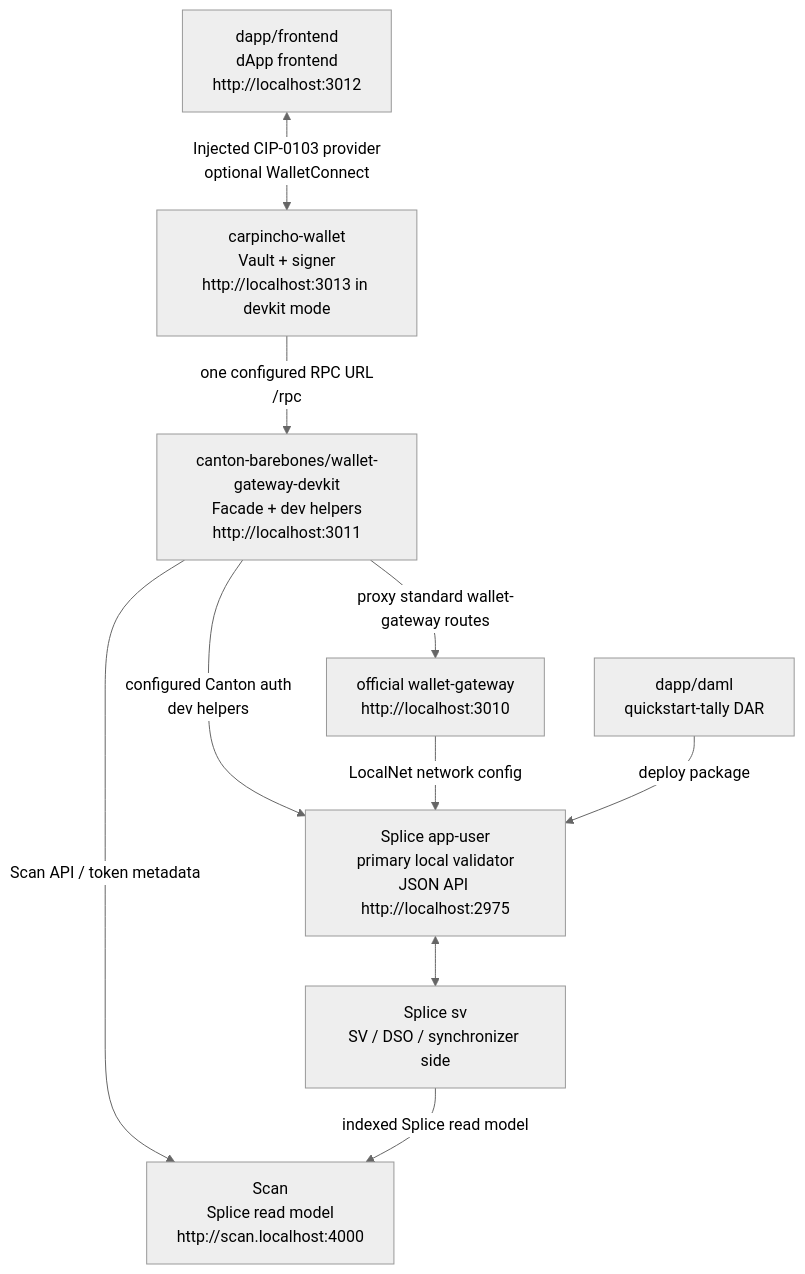
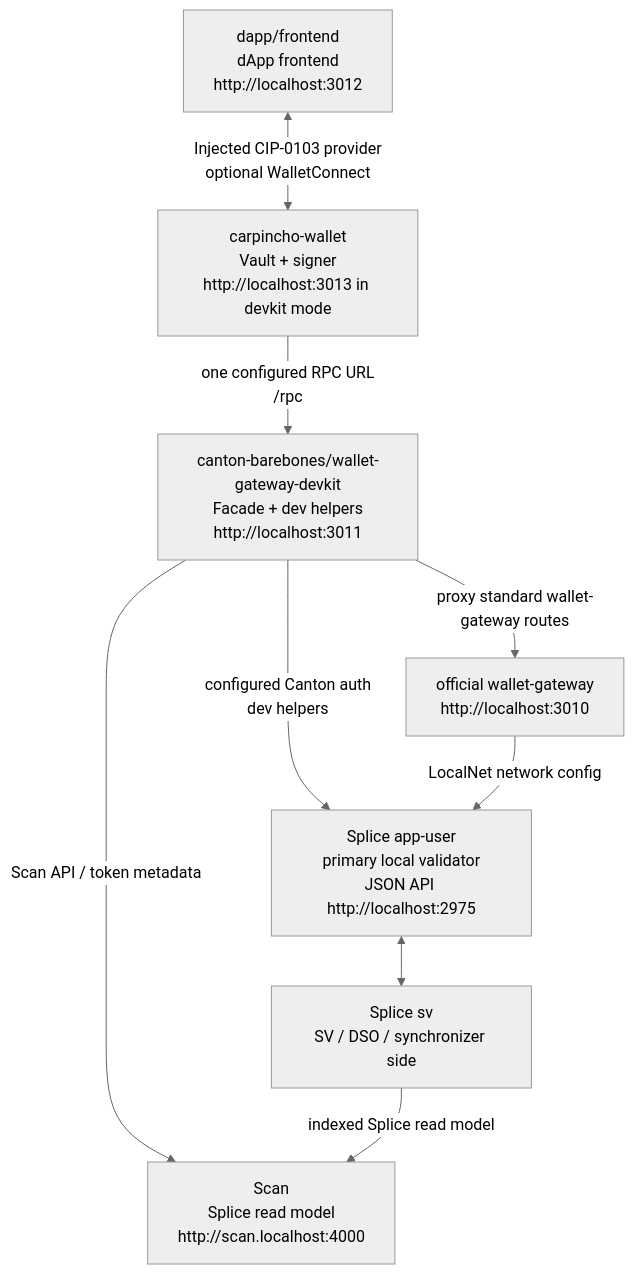
Before and after one commit to BootNodeDev/cn-dappbooster: the diagram in README.md, drawn with Mermaid (neutral theme). The commit also changed other lines of this file and 2 other files, not shown here.

````diff
--- a/README.md
+++ b/README.md
@@ -5,21 +5,19 @@
 ```mermaid
 flowchart TD
   fe["dapp/frontend<br/>dApp frontend<br/>http://localhost:3012"]
   wallet["carpincho-wallet<br/>Vault + signer<br/>http://localhost:3013 in devkit mode"]
   devkit["canton-barebones/wallet-gateway-devkit<br/>Facade + dev helpers<br/>http://localhost:3011"]
   wg["official wallet-gateway<br/>http://localhost:3010"]
   au["Splice app-user<br/>primary local validator<br/>JSON API http://localhost:2975"]
   sv["Splice sv<br/>SV / DSO / synchronizer side"]
   scan["Scan<br/>Splice read model<br/>http://scan.localhost:4000"]
-  dar["dapp/daml<br/>quickstart-tally DAR"]
 
   fe <-->|"Injected CIP-0103 provider<br/>optional WalletConnect"| wallet
   wallet -->|"one configured RPC URL<br/>/rpc"| devkit
   devkit -->|"proxy standard wallet-gateway routes"| wg
   devkit -->|"Scan API / token metadata"| scan
   devkit -->|"configured Canton auth<br/>dev helpers"| au
   wg -->|"LocalNet network config"| au
   au <--> sv
   sv -->|"indexed Splice read model"| scan
-  dar -->|"deploy package"| au
 ```
````
